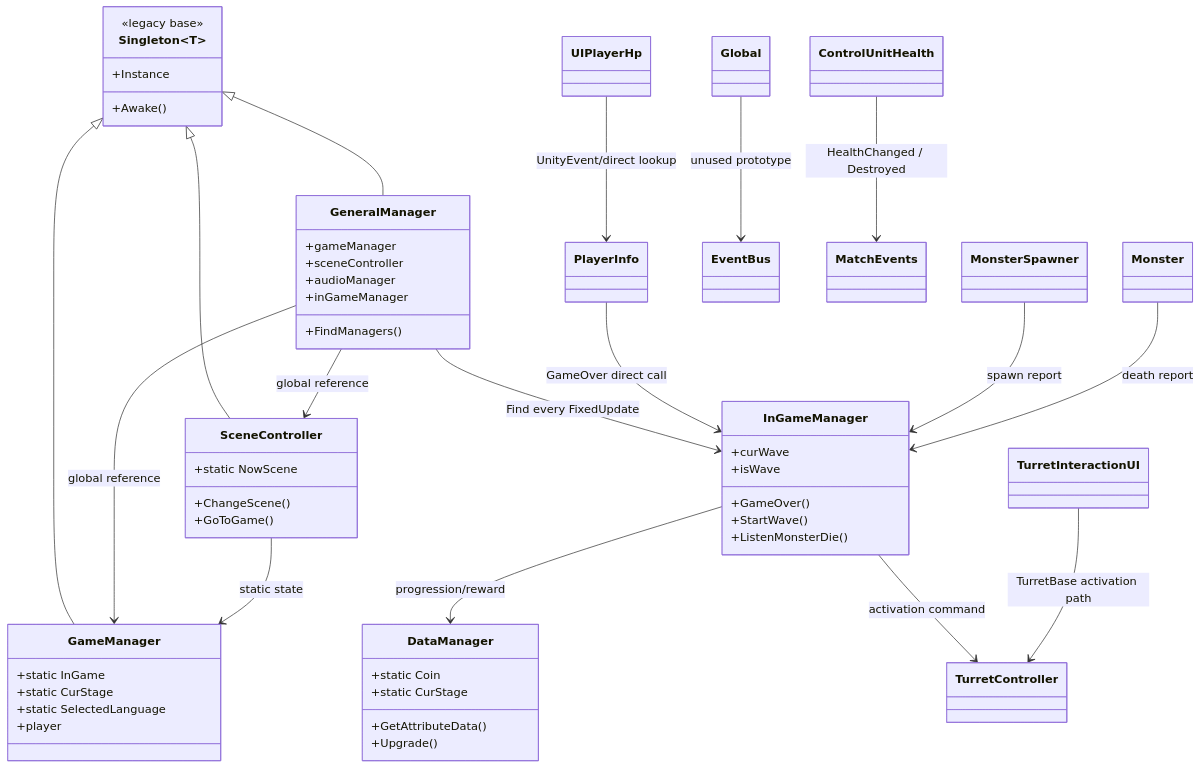
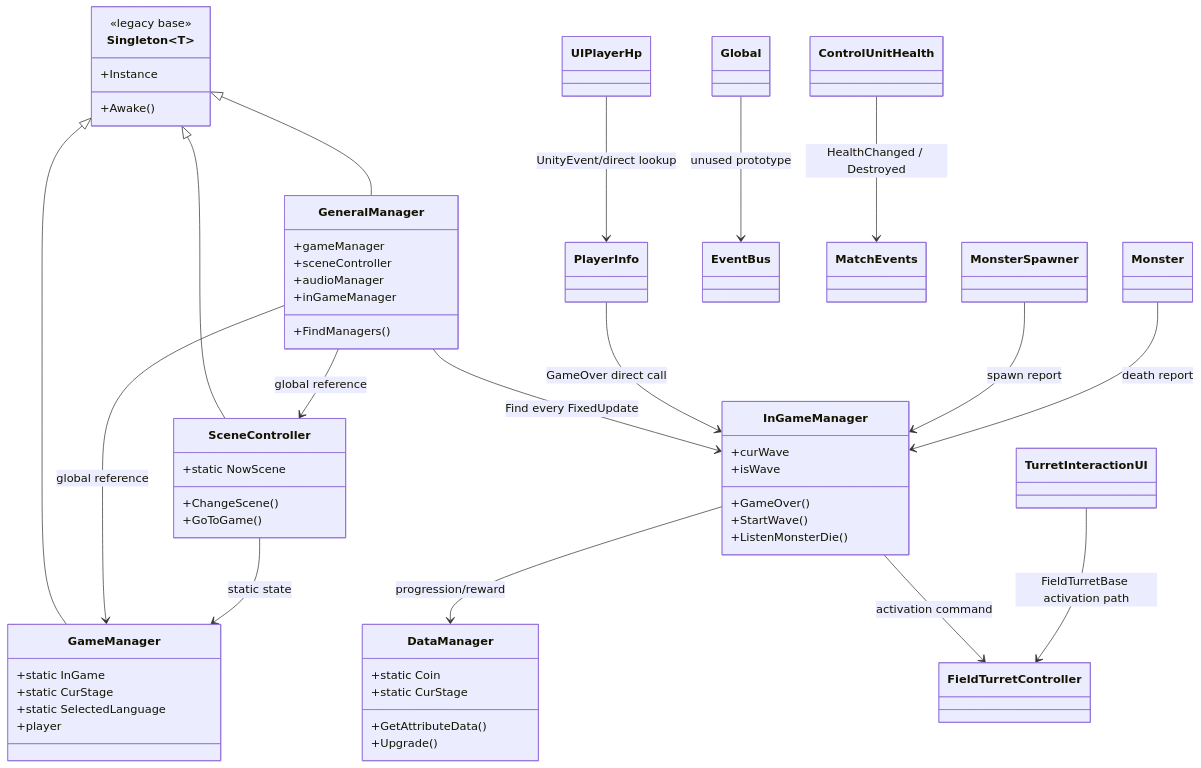
One commit to Team-HJD-21/unity-6-the-developer changed the first of 2 diagrams in Docs/architecture/architecture-rebuild-notes.md. Above: the diagram before and after it, drawn with Mermaid. The commit also changed other lines of this file and 12 other files, not shown here.

Commit message:
docs(field-turret): update names and migration guide

````diff
--- a/Docs/architecture/architecture-rebuild-notes.md
+++ b/Docs/architecture/architecture-rebuild-notes.md
@@ -37,65 +37,65 @@
 ```mermaid
 classDiagram
     class Singleton~T~ {
         <<legacy base>>
         +Instance
         +Awake()
     }
     class GeneralManager {
         +gameManager
         +sceneController
         +audioManager
         +inGameManager
         +FindManagers()
     }
     class GameManager {
         +static InGame
         +static CurStage
         +static SelectedLanguage
         +player
     }
     class SceneController {
         +static NowScene
         +ChangeScene()
         +GoToGame()
     }
     class DataManager {
         +static Coin
         +static CurStage
         +GetAttributeData()
         +Upgrade()
     }
     class InGameManager {
         +curWave
         +isWave
         +GameOver()
         +StartWave()
         +ListenMonsterDie()
     }
-    class TurretController
+    class FieldTurretController
     class TurretInteractionUI
     class PlayerInfo
     class ControlUnitHealth
     class UIPlayerHp
     class MonsterSpawner
     class Monster
     class Global
     class EventBus
 
     Singleton~T~ <|-- GeneralManager
     Singleton~T~ <|-- GameManager
     Singleton~T~ <|-- SceneController
     GeneralManager --> GameManager : global reference
     GeneralManager --> SceneController : global reference
     GeneralManager --> InGameManager : Find every FixedUpdate
     SceneController --> GameManager : static state
     InGameManager --> DataManager : progression/reward
-    InGameManager --> TurretController : activation command
-    TurretInteractionUI --> TurretController : TurretBase activation path
+    InGameManager --> FieldTurretController : activation command
+    TurretInteractionUI --> FieldTurretController : FieldTurretBase activation path
     PlayerInfo --> InGameManager : GameOver direct call
     ControlUnitHealth --> MatchEvents : HealthChanged / Destroyed
     UIPlayerHp --> PlayerInfo : UnityEvent/direct lookup
     MonsterSpawner --> InGameManager : spawn report
     Monster --> InGameManager : death report
     Global --> EventBus : unused prototype
 ```
````
